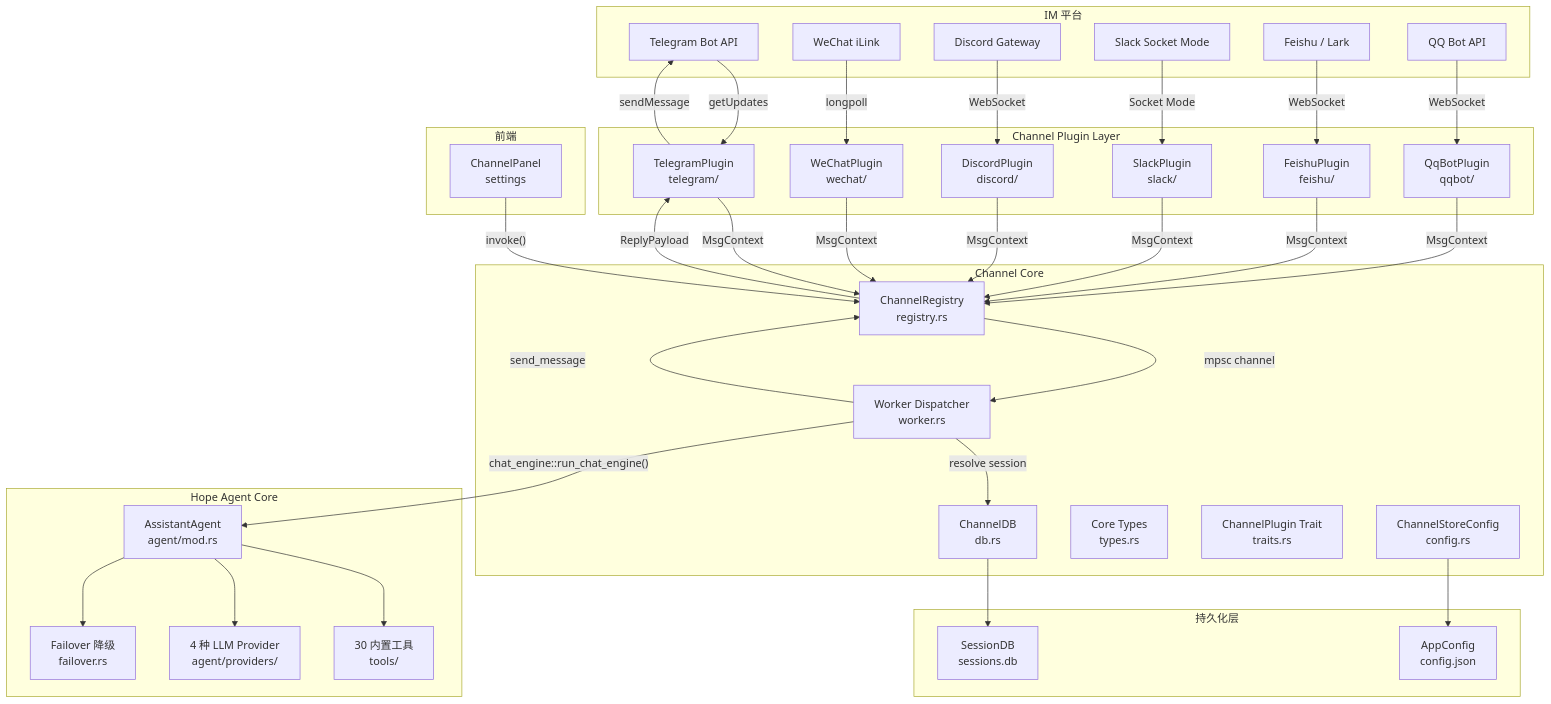
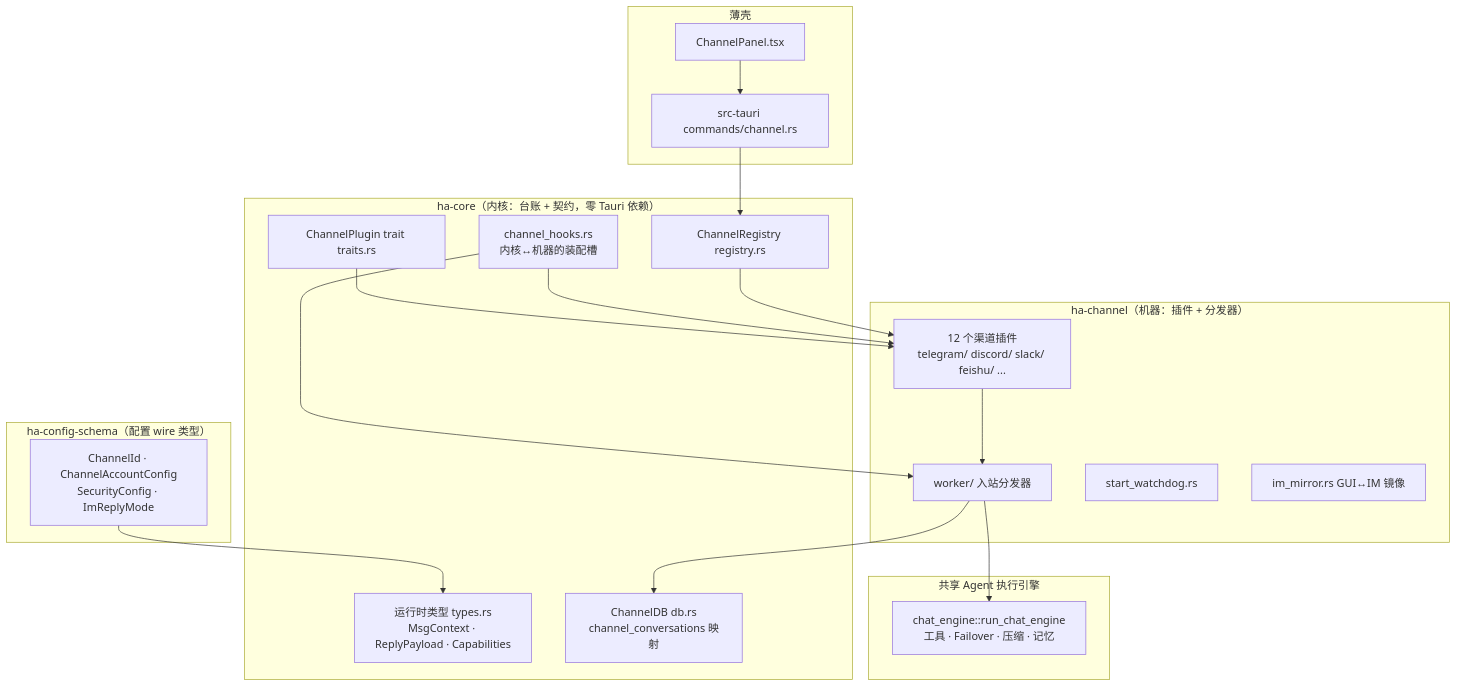
The first of 10 diagrams in docs/architecture/im-channel.md (shiwenwen/hope-agent), drawn with Mermaid before and after one commit. The commit also changed other lines of this file and 1 other file, not shown here.

First line of the commit message:
🦭docs: 巨无霸 tool-system / im-channel 按新标准重做

````diff
--- a/docs/architecture/im-channel.md
+++ b/docs/architecture/im-channel.md
@@ -123,74 +65,41 @@
 ```mermaid
 graph TB
-    subgraph "IM 平台"
-        TG["Telegram Bot API"]
-        WX["WeChat iLink"]
-        DC["Discord Gateway"]
-        SL["Slack Socket Mode"]
-        FS["Feishu / Lark"]
-        QQ["QQ Bot API"]
+    subgraph schema["ha-config-schema（配置 wire 类型）"]
+        WIRE["ChannelId · ChannelAccountConfig<br/>SecurityConfig · ImReplyMode"]
     end
 
-    subgraph "Channel Plugin Layer"
-        TG_PLUGIN["TelegramPlugin<br/>telegram/"]
-        WX_PLUGIN["WeChatPlugin<br/>wechat/"]
-        DC_PLUGIN["DiscordPlugin<br/>discord/"]
-        SL_PLUGIN["SlackPlugin<br/>slack/"]
-        FS_PLUGIN["FeishuPlugin<br/>feishu/"]
-        QQ_PLUGIN["QqBotPlugin<br/>qqbot/"]
+    subgraph kernel["ha-core（内核：台账 + 契约，零 Tauri 依赖）"]
+        TYPES["运行时类型 types.rs<br/>MsgContext · ReplyPayload · Capabilities"]
+        TRAIT["ChannelPlugin trait traits.rs"]
+        DB["ChannelDB db.rs<br/>channel_conversations 映射"]
+        REG["ChannelRegistry registry.rs"]
+        HOOKS["channel_hooks.rs<br/>内核↔机器的装配槽"]
     end
 
-    subgraph "Channel Core"
-        REGISTRY["ChannelRegistry<br/>registry.rs"]
-        WORKER["Worker Dispatcher<br/>worker.rs"]
-        CHANNEL_DB["ChannelDB<br/>db.rs"]
-        TYPES["Core Types<br/>types.rs"]
-        TRAITS["ChannelPlugin Trait<br/>traits.rs"]
-        CONFIG["ChannelStoreConfig<br/>config.rs"]
+    subgraph machine["ha-channel（机器：插件 + 分发器）"]
+        PLUGINS["12 个渠道插件<br/>telegram/ discord/ slack/ feishu/ ..."]
+        WORKER["worker/ 入站分发器"]
+        WATCH["start_watchdog.rs"]
+        MIRROR["im_mirror.rs GUI↔IM 镜像"]
     end
 
-    subgraph "Hope Agent Core"
-        AGENT["AssistantAgent<br/>agent/mod.rs"]
-        TOOLS["30 内置工具<br/>tools/"]
-        PROVIDERS["4 种 LLM Provider<br/>agent/providers/"]
-        FAILOVER["Failover 降级<br/>failover.rs"]
+    subgraph engine["共享 Agent 执行引擎"]
+        CE["chat_engine::run_chat_engine<br/>工具 · Failover · 压缩 · 记忆"]
     end
 
-    subgraph "持久化层"
-        SESSION_DB["SessionDB<br/>sessions.db"]
-        PROVIDER_STORE["AppConfig<br/>config.json"]
+    subgraph shell["薄壳"]
+        TAURI["src-tauri commands/channel.rs"]
+        PANEL["ChannelPanel.tsx"]
     end
 
-    subgraph "前端"
-        PANEL["ChannelPanel<br/>settings"]
-    end
-
-    TG -->|getUpdates| TG_PLUGIN
-    WX -->|longpoll| WX_PLUGIN
-    DC -->|WebSocket| DC_PLUGIN
-    SL -->|Socket Mode| SL_PLUGIN
-    FS -->|WebSocket| FS_PLUGIN
-    QQ -->|WebSocket| QQ_PLUGIN
-
-    TG_PLUGIN -->|MsgContext| REGISTRY
-    WX_PLUGIN -->|MsgContext| REGISTRY
-    DC_PLUGIN -->|MsgContext| REGISTRY
-    SL_PLUGIN -->|MsgContext| REGISTRY
-    FS_PLUGIN -->|MsgContext| REGISTRY
-    QQ_PLUGIN -->|MsgContext| REGISTRY
-
-    REGISTRY -->|mpsc channel| WORKER
-    WORKER -->|resolve session| CHANNEL_DB
-    WORKER -->|"chat_engine::run_chat_engine()"| AGENT
-    AGENT --> TOOLS
-    AGENT --> PROVIDERS
-    AGENT --> FAILOVER
-
-    WORKER -->|send_message| REGISTRY
-    REGISTRY -->|ReplyPayload| TG_PLUGIN
-    TG_PLUGIN -->|sendMessage| TG
-
-    CHANNEL_DB --> SESSION_DB
-    CONFIG --> PROVIDER_STORE
-    PANEL -->|"invoke()"| REGISTRY
+    WIRE --> TYPES
+    TRAIT --> PLUGINS
+    HOOKS --> PLUGINS
+    HOOKS --> WORKER
+    PLUGINS --> WORKER
+    WORKER --> CE
+    WORKER --> DB
+    REG --> PLUGINS
+    TAURI --> REG
+    PANEL --> TAURI
 ```
````
